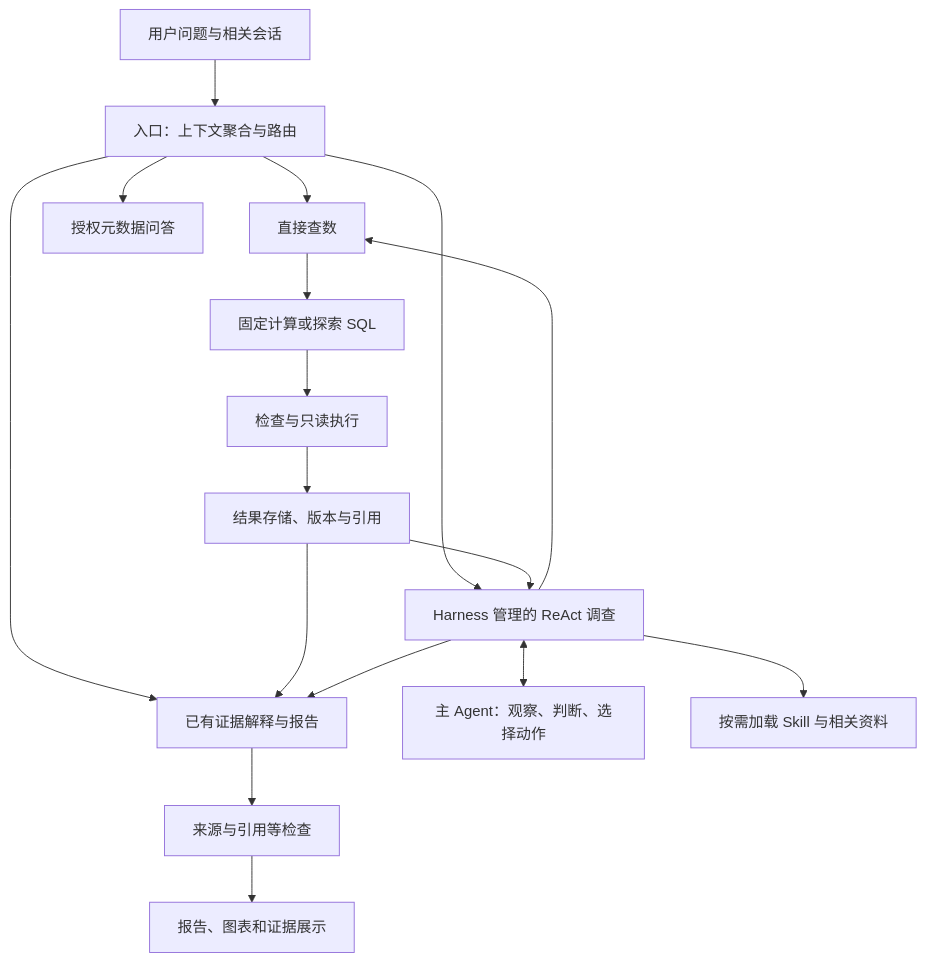
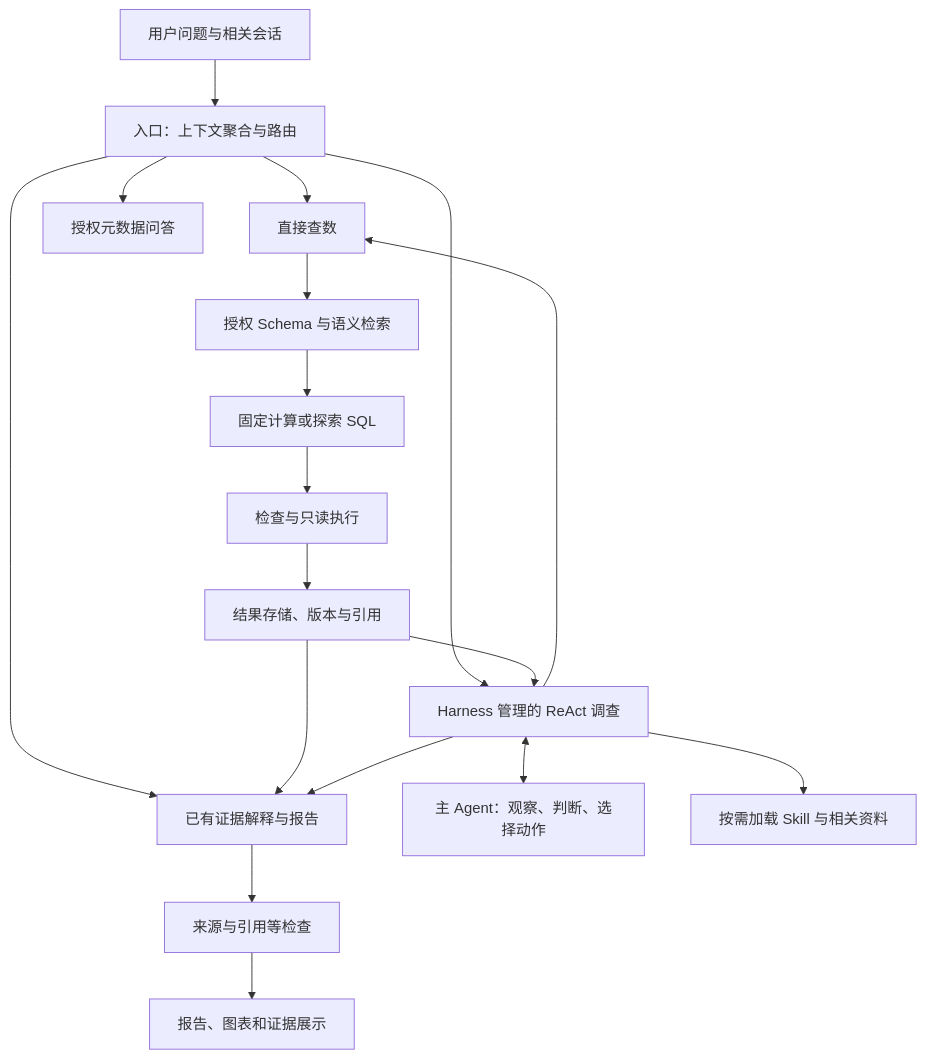
One commit to fangcheng-learn/askdata-agent changed the diagram in README.md. Above: the diagram before and after it, drawn with Mermaid. The commit also changed other lines of this file, not shown here.

````diff
--- a/README.md
+++ b/README.md
@@ -110,19 +159,20 @@
 ```mermaid
 flowchart TD
     U[用户问题与相关会话] --> P[入口：上下文聚合与路由]
     P --> Q[直接查数]
     P --> M[授权元数据问答]
     P --> R[已有证据解释与报告]
     P --> H[Harness 管理的 ReAct 调查]
     H <--> A[主 Agent：观察、判断、选择动作]
     H --> S[按需加载 Skill 与相关资料]
     H --> Q
-    Q --> C[固定计算或探索 SQL]
+    Q --> K[授权 Schema 与语义检索]
+    K --> C[固定计算或探索 SQL]
     C --> D[检查与只读执行]
     D --> E[结果存储、版本与引用]
     E --> H
     E --> R
     H --> R
     R --> V[来源与引用等检查]
     V --> O[报告、图表和证据展示]
 ```
````
